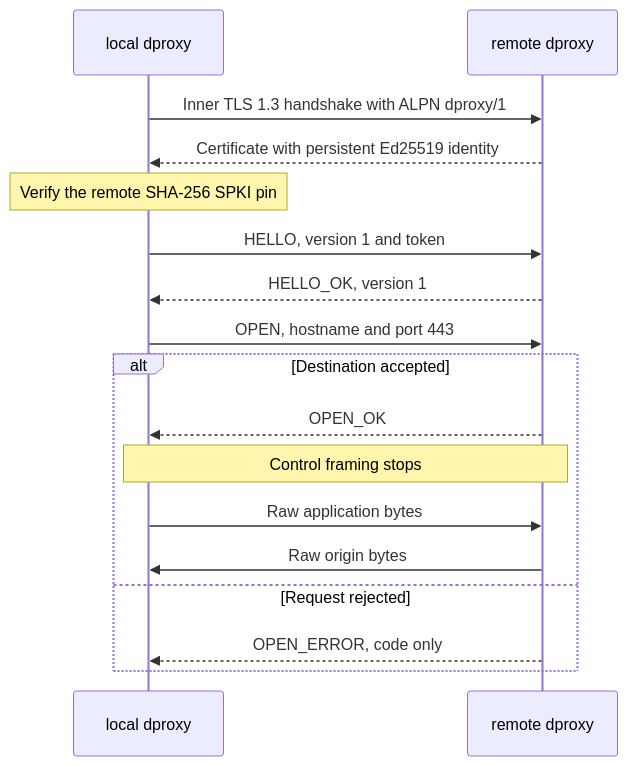
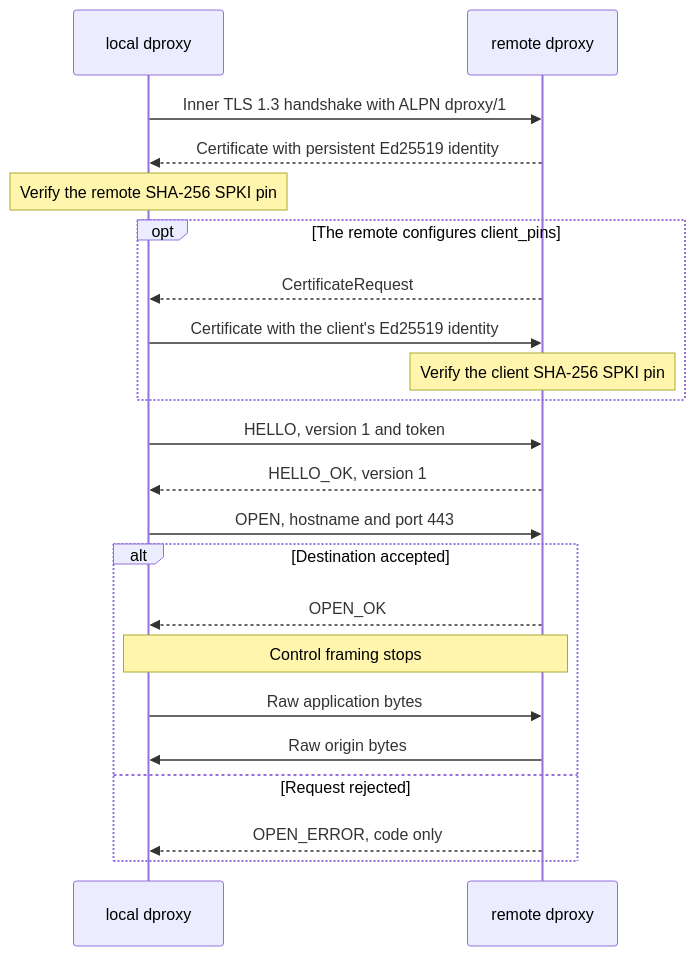
Before and after one commit to wojciechpolak/dproxy: the diagram in docs/protocol-v1.md, drawn with Mermaid. The commit also changed other lines of this file and 34 other files, not shown here.

````diff
--- a/docs/protocol-v1.md
+++ b/docs/protocol-v1.md
@@ -18,24 +29,31 @@
 ```mermaid
 sequenceDiagram
     accTitle: dproxy/1 session sequence
-    accDescr: The local client verifies the remote identity before authentication, opens one destination, and switches from framed control messages to raw bytes only after OPEN_OK.
+    accDescr: The local client verifies the remote identity before authentication, optionally presents a pinned client identity, opens one destination, and switches from framed control messages to raw bytes only after OPEN_OK.
 
     participant client as local dproxy
     participant remote as remote dproxy
 
     client->>remote: Inner TLS 1.3 handshake with ALPN dproxy/1
     remote-->>client: Certificate with persistent Ed25519 identity
     Note over client: Verify the remote SHA-256 SPKI pin
+
+    opt The remote configures client_pins
+        remote-->>client: CertificateRequest
+        client->>remote: Certificate with the client's Ed25519 identity
+        Note over remote: Verify the client SHA-256 SPKI pin
+    end
+
     client->>remote: HELLO, version 1 and token
     remote-->>client: HELLO_OK, version 1
     client->>remote: OPEN, hostname and port 443
 
     alt Destination accepted
         remote-->>client: OPEN_OK
         Note over client,remote: Control framing stops
         client->>remote: Raw application bytes
         remote->>client: Raw origin bytes
     else Request rejected
         remote-->>client: OPEN_ERROR, code only
     end
 ```
````
